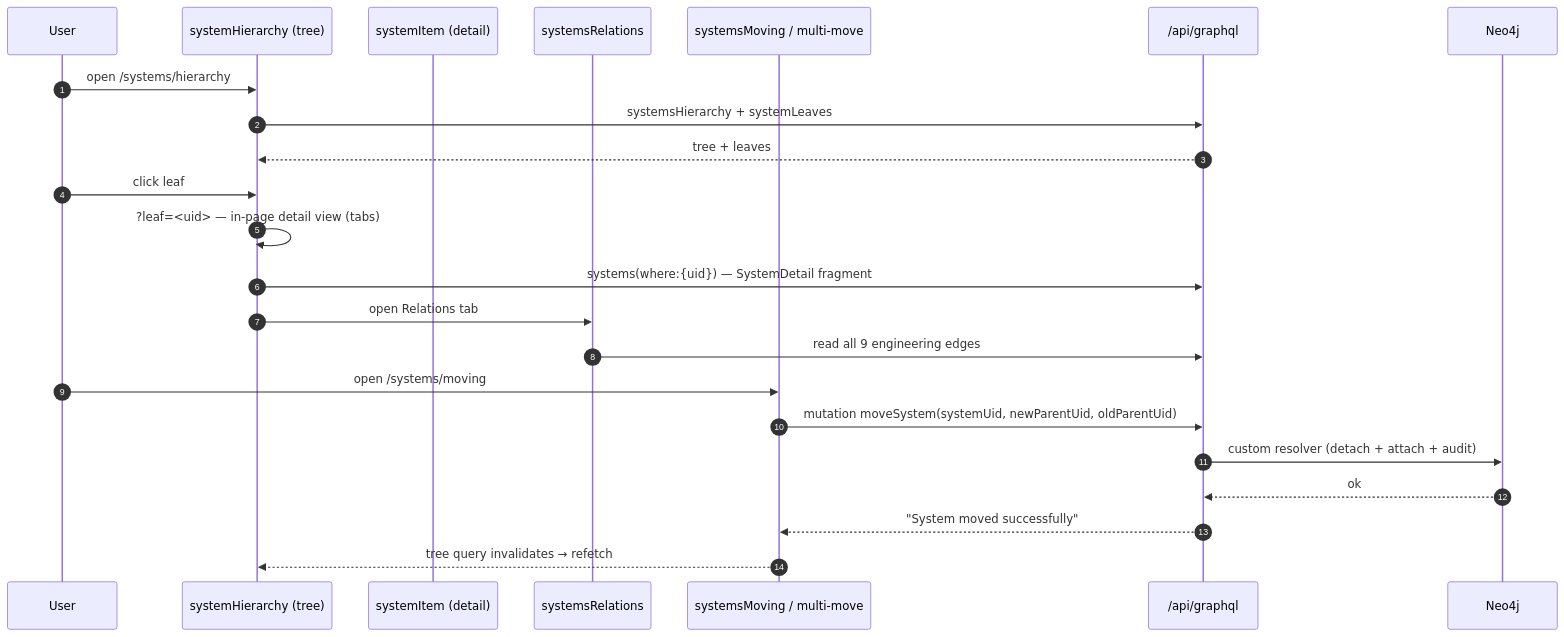
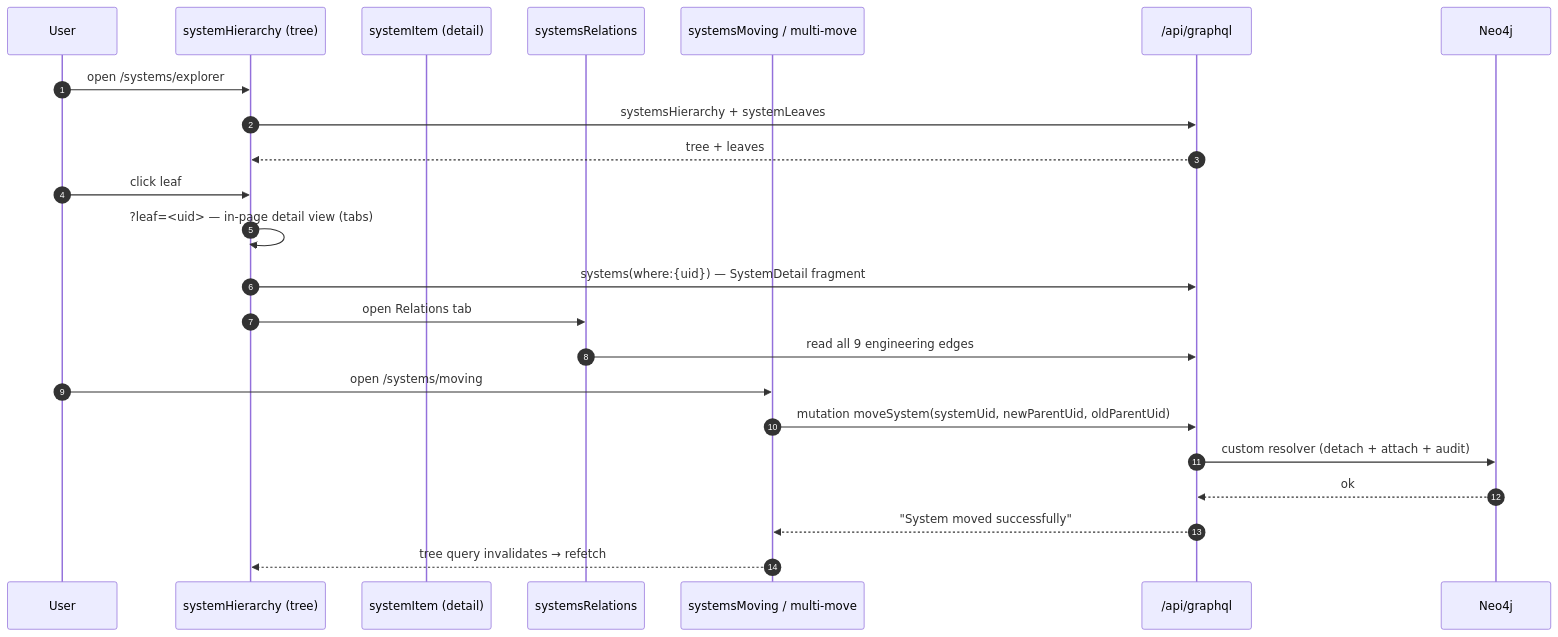
The third of 3 diagrams in docs/technical/systems-family/README.md (eli-eric/ELI-panda), drawn with Mermaid before and after one commit. The commit also changed other lines of this file and 15 other files, not shown here.

First line of the commit message:
docs(systems): REST edit path, soft lock, Edit System sheet, Systems Explorer

````diff
--- a/docs/technical/systems-family/README.md
+++ b/docs/technical/systems-family/README.md
@@ -174,26 +174,26 @@
 ```mermaid
 sequenceDiagram
     autonumber
     participant U as User
     participant Hier as systemHierarchy (tree)
     participant Item as systemItem (detail)
     participant Rel as systemsRelations
     participant Mov as systemsMoving / multi-move
     participant GQL as /api/graphql
     participant DB as Neo4j
 
-    U->>Hier: open /systems/hierarchy
+    U->>Hier: open /systems/explorer
     Hier->>GQL: systemsHierarchy + systemLeaves
     GQL-->>Hier: tree + leaves
     U->>Hier: click leaf
     Hier->>Hier: ?leaf=<uid> — in-page detail view (tabs)
     Hier->>GQL: systems(where:{uid}) — SystemDetail fragment
     Hier->>Rel: open Relations tab
     Rel->>GQL: read all 9 engineering edges
     U->>Mov: open /systems/moving
     Mov->>GQL: mutation moveSystem(systemUid, newParentUid, oldParentUid)
     GQL->>DB: custom resolver (detach + attach + audit)
     DB-->>GQL: ok
     GQL-->>Mov: "System moved successfully"
     Mov-->>Hier: tree query invalidates → refetch
 ```
````
